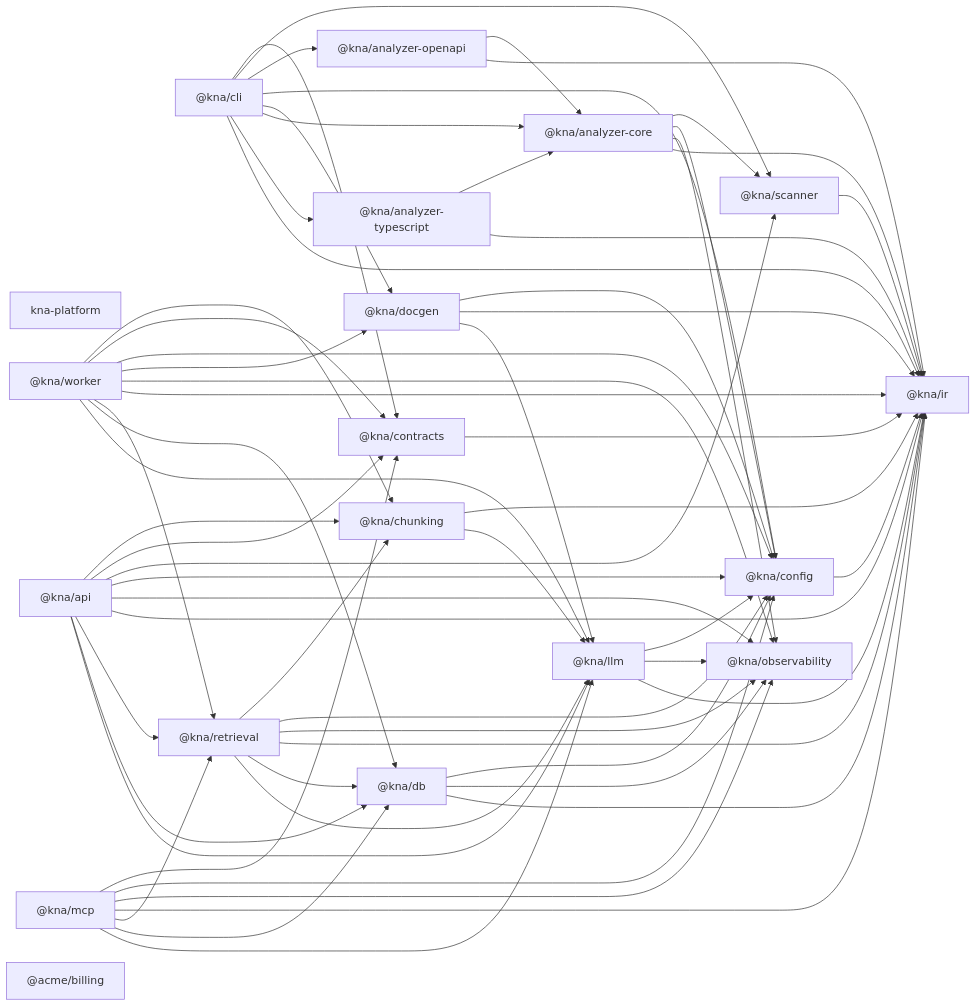
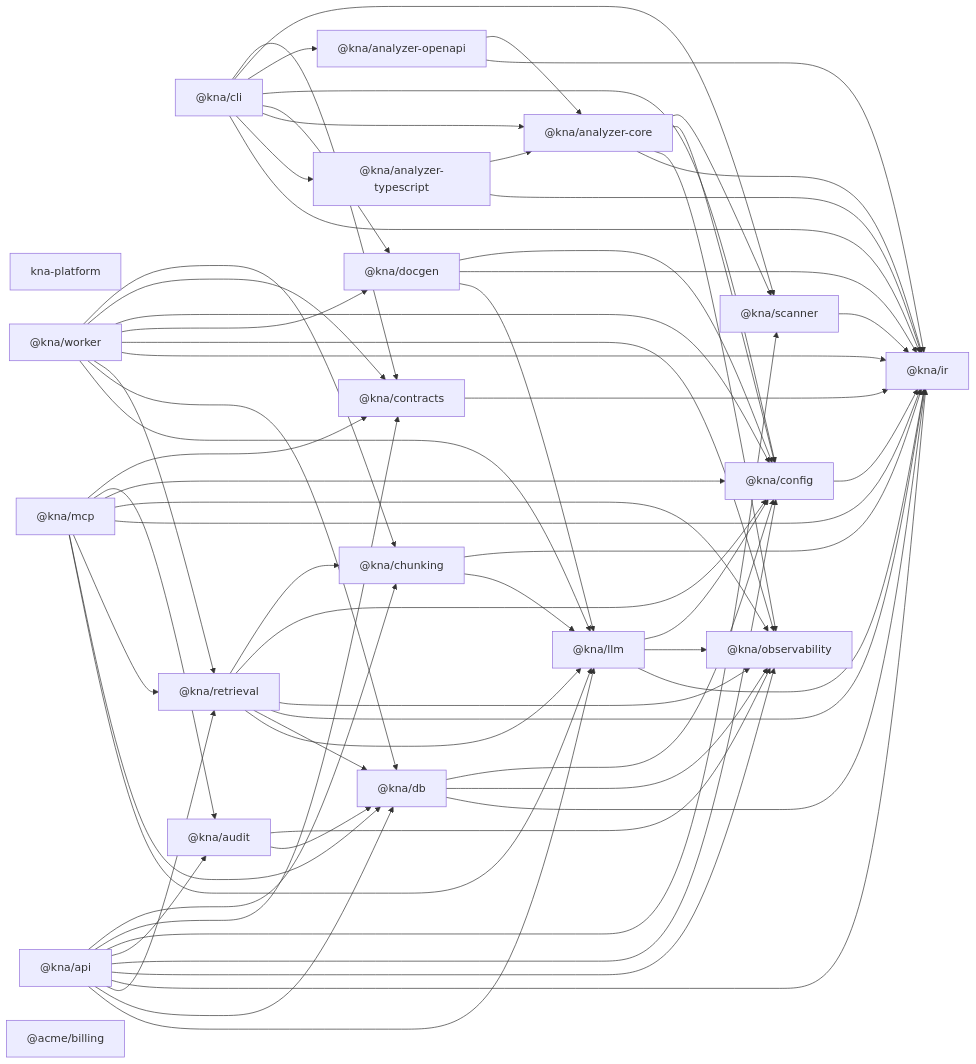
Before and after one commit to NMsanka/kna: the second of 2 diagrams in docs/generated/architecture/overview.md, drawn with Mermaid. The commit also changed other lines of this file and 21 other files, not shown here.

```diff
--- a/docs/generated/architecture/overview.md
+++ b/docs/generated/architecture/overview.md
@@ -136,6 +142,7 @@
   ng38xj1["@kna/analyzer-openapi"]
   n5t7t0m["@kna/analyzer-typescript"]
   npn4q8d["@acme/billing"]
+  ngg1o6m["@kna/audit"]
   nky29sl["@kna/chunking"]
   nob0n5d["@kna/config"]
   nci1whn["@kna/contracts"]
@@ -169,6 +176,8 @@
   nszx0fb --> nekc84h
   nszx0fb --> n5t7t0m
   nszx0fb --> n5s5pyy
+  ngg1o6m --> ny11cr7
+  ngg1o6m --> n8x7ko0
   nob0n5d --> n5s5pyy
   nmgrrdj --> nob0n5d
   nmgrrdj --> n5s5pyy
@@ -178,6 +187,7 @@
   nekc84h --> ny11cr7
   nekc84h --> n5s5pyy
   nok97yi --> nci1whn
+  nok97yi --> ngg1o6m
   nok97yi --> nob0n5d
   nok97yi --> ny11cr7
   nok97yi --> n5s5pyy
@@ -187,6 +197,7 @@
   nhlj2kt --> nky29sl
   nhlj2kt --> nci1whn
   nhlj2kt --> n18dtev
+  nhlj2kt --> ngg1o6m
   nhlj2kt --> nob0n5d
   nhlj2kt --> ny11cr7
   nhlj2kt --> n5s5pyy
```
